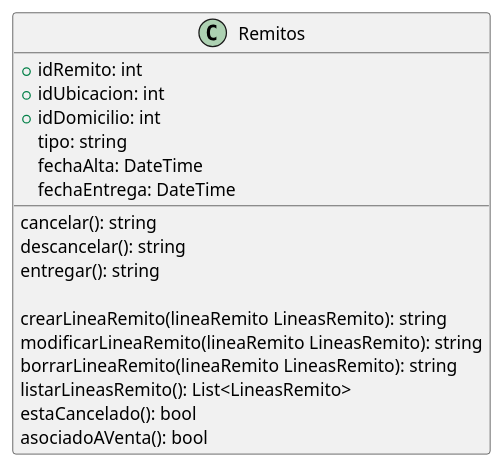
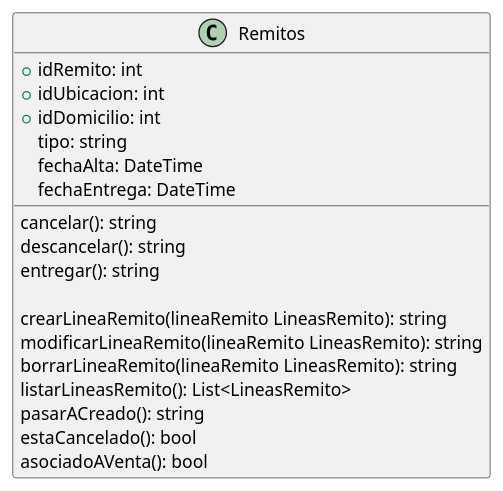
The diagram in DiagramaClases/Clases/Remitos.puml (ZMGestion/DocumentacionZMGestion), drawn with PlantUML before and after one commit. The commit also changed 3 other files, not shown here.

Commit message:
Cambios DiagramaDeEstado, cap2sec1 y verificarLineaOrdenProduccion

```diff
--- a/DiagramaClases/Clases/Remitos.puml
+++ b/DiagramaClases/Clases/Remitos.puml
@@ -1,21 +1,22 @@
 @startuml Remitos
 class Remitos{
     +idRemito: int
     +idUbicacion: int
     +idDomicilio: int
     tipo: string
     fechaAlta: DateTime
     fechaEntrega: DateTime
     
     cancelar(): string
     descancelar(): string
     entregar(): string
 
     crearLineaRemito(lineaRemito LineasRemito): string
     modificarLineaRemito(lineaRemito LineasRemito): string
     borrarLineaRemito(lineaRemito LineasRemito): string
     listarLineasRemito(): List<LineasRemito>
+    pasarACreado(): string
     estaCancelado(): bool
     asociadoAVenta(): bool
 }
 @enduml
```
